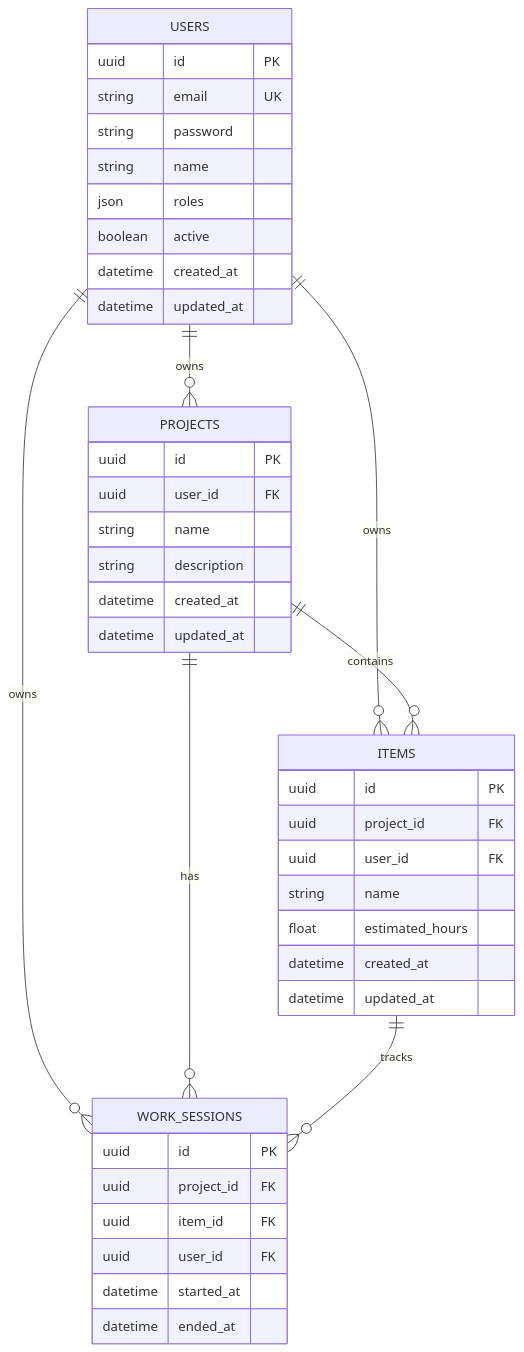
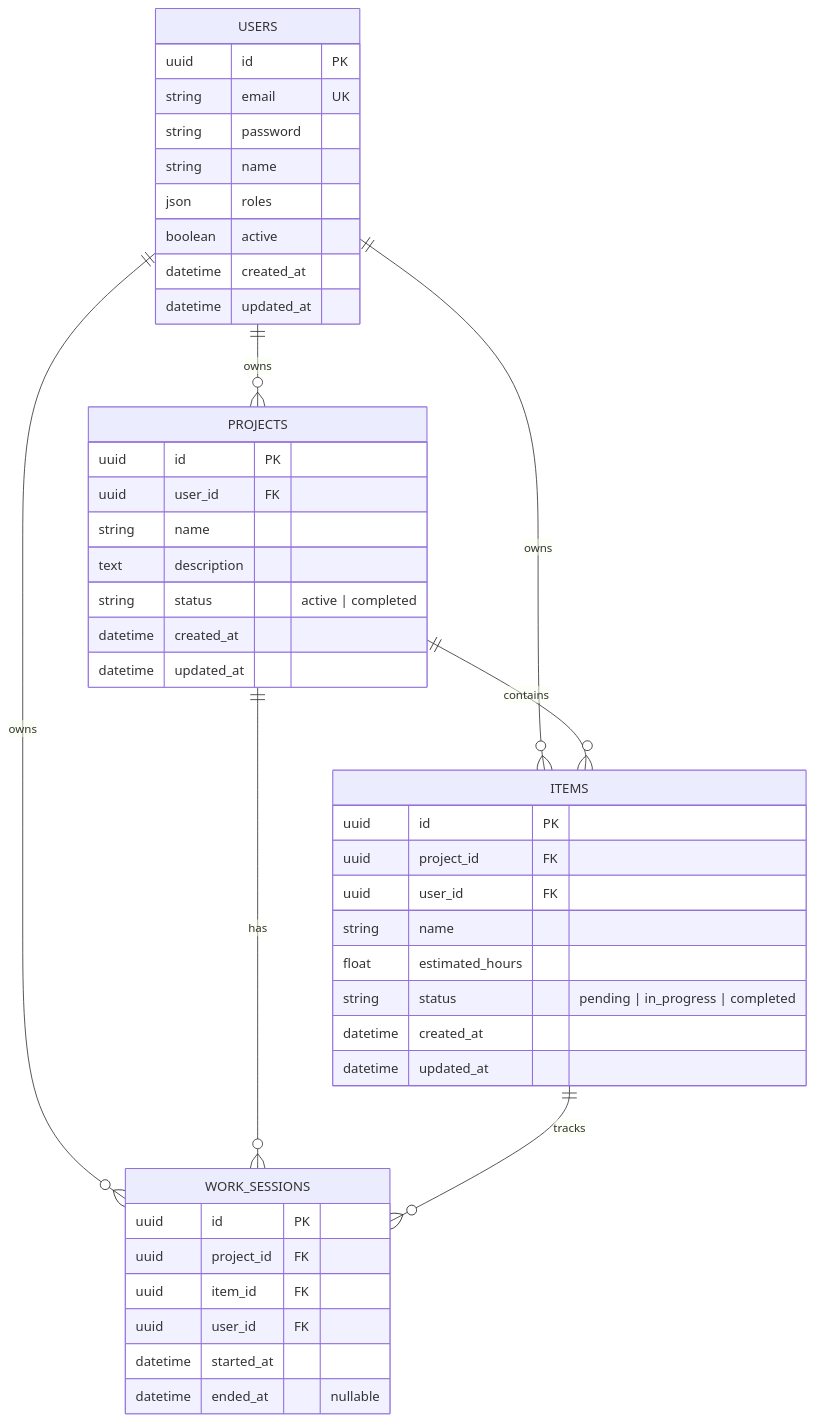
Before and after one commit to adriangromero/hobbyplanner: the diagram in README.md, drawn with Mermaid. The commit also changed other lines of this file and 62 other files, not shown here.

````diff
--- a/README.md
+++ b/README.md
@@ -53,48 +60,50 @@
 ```mermaid
 erDiagram
     USERS {
         uuid id PK
         string email UK
         string password
         string name
         json roles
         boolean active
         datetime created_at
         datetime updated_at
     }
 
     PROJECTS {
         uuid id PK
         uuid user_id FK
         string name
-        string description
+        text description
+        string status "active | completed"
         datetime created_at
         datetime updated_at
     }
 
     ITEMS {
         uuid id PK
         uuid project_id FK
         uuid user_id FK
         string name
         float estimated_hours
+        string status "pending | in_progress | completed"
         datetime created_at
         datetime updated_at
     }
 
     WORK_SESSIONS {
         uuid id PK
         uuid project_id FK
         uuid item_id FK
         uuid user_id FK
         datetime started_at
-        datetime ended_at
+        datetime ended_at "nullable"
     }
 
     USERS ||--o{ PROJECTS : "owns"
     USERS ||--o{ ITEMS : "owns"
     USERS ||--o{ WORK_SESSIONS : "owns"
     PROJECTS ||--o{ ITEMS : "contains"
     PROJECTS ||--o{ WORK_SESSIONS : "has"
     ITEMS ||--o{ WORK_SESSIONS : "tracks"
 ```
````
